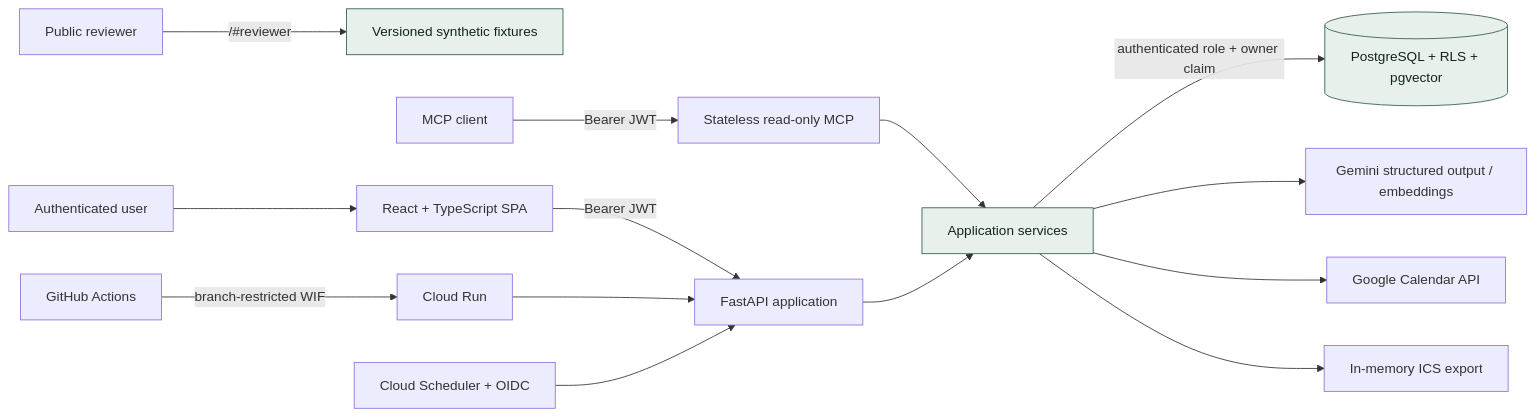
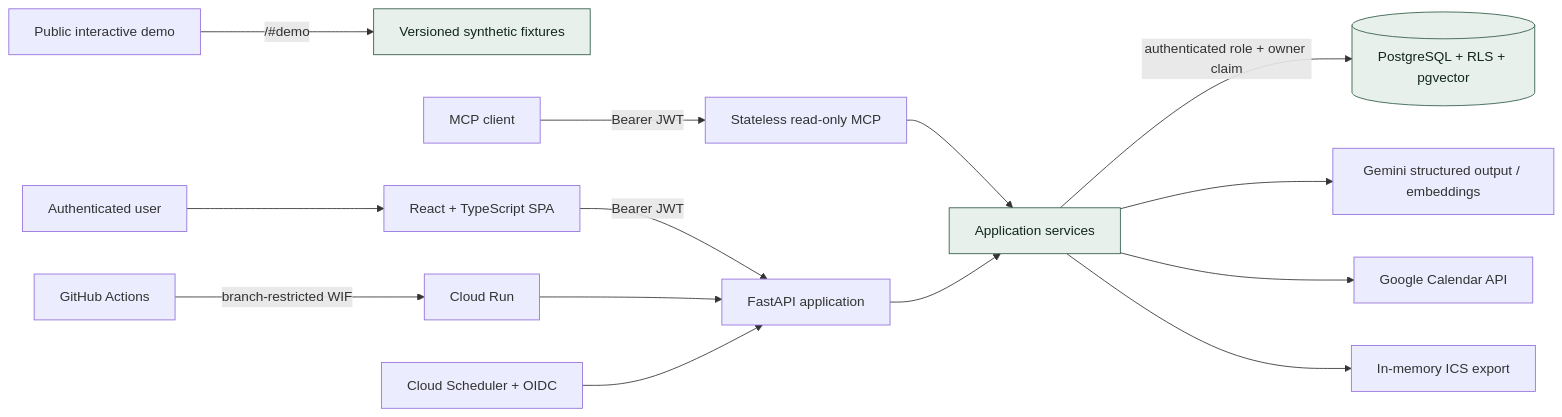
One commit to mieuxwei/shiftmate-web changed the first of 3 diagrams in docs/architecture.md. Above: the diagram before and after it, drawn with Mermaid. The commit also changed other lines of this file and 49 other files, not shown here.

Commit message:
feat: prepare portfolio demo and public repository

````diff
--- a/docs/architecture.md
+++ b/docs/architecture.md
@@ -10,19 +10,19 @@
 ```mermaid
 flowchart LR
-  Reviewer[Public reviewer] -->|/#reviewer| Fixture[Versioned synthetic fixtures]
+  Demo[Public interactive demo] -->|/#demo| Fixture[Versioned synthetic fixtures]
   User[Authenticated user] --> SPA[React + TypeScript SPA]
   SPA -->|Bearer JWT| API[FastAPI application]
   Client[MCP client] -->|Bearer JWT| MCP[Stateless read-only MCP]
   MCP --> Services[Application services]
   API --> Services
   Services -->|authenticated role + owner claim| DB[(PostgreSQL + RLS + pgvector)]
   Services --> Gemini[Gemini structured output / embeddings]
   Services --> Calendar[Google Calendar API]
   Services --> ICS[In-memory ICS export]
   GitHub[GitHub Actions] -->|branch-restricted WIF| Run[Cloud Run]
   Run --> API
   Scheduler[Cloud Scheduler + OIDC] --> API
 
   classDef boundary fill:#e8f0eb,stroke:#315c48,color:#12261c;
   class Fixture,Services,DB boundary;
 ```
````
